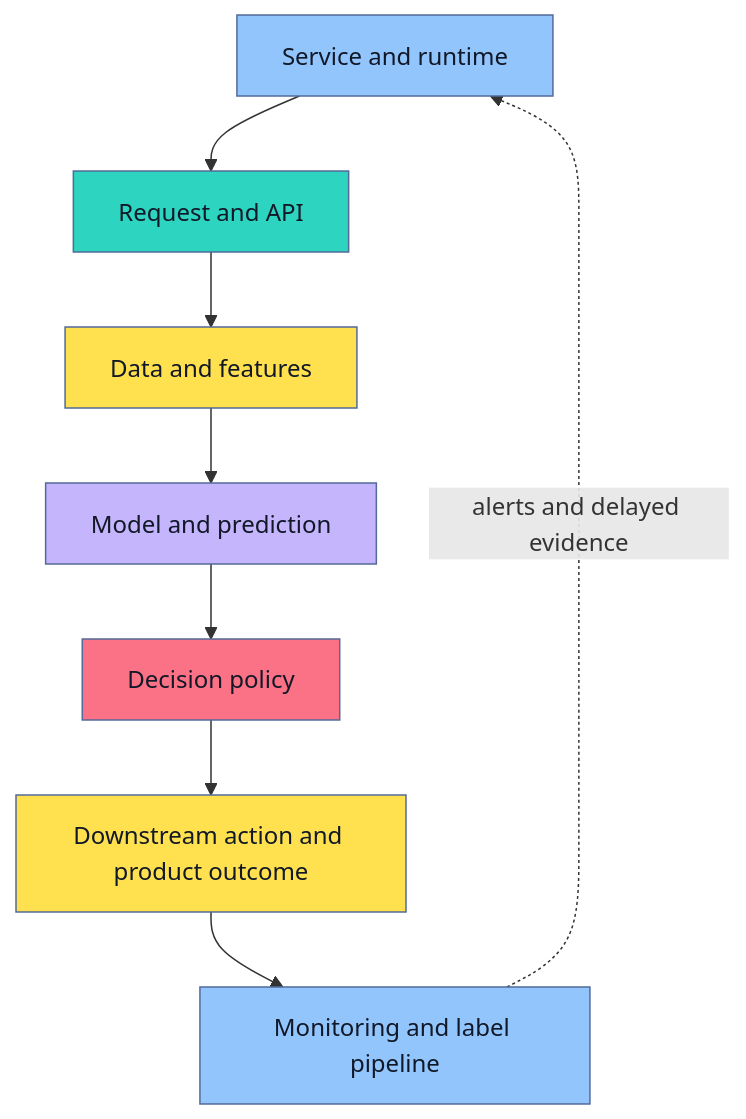
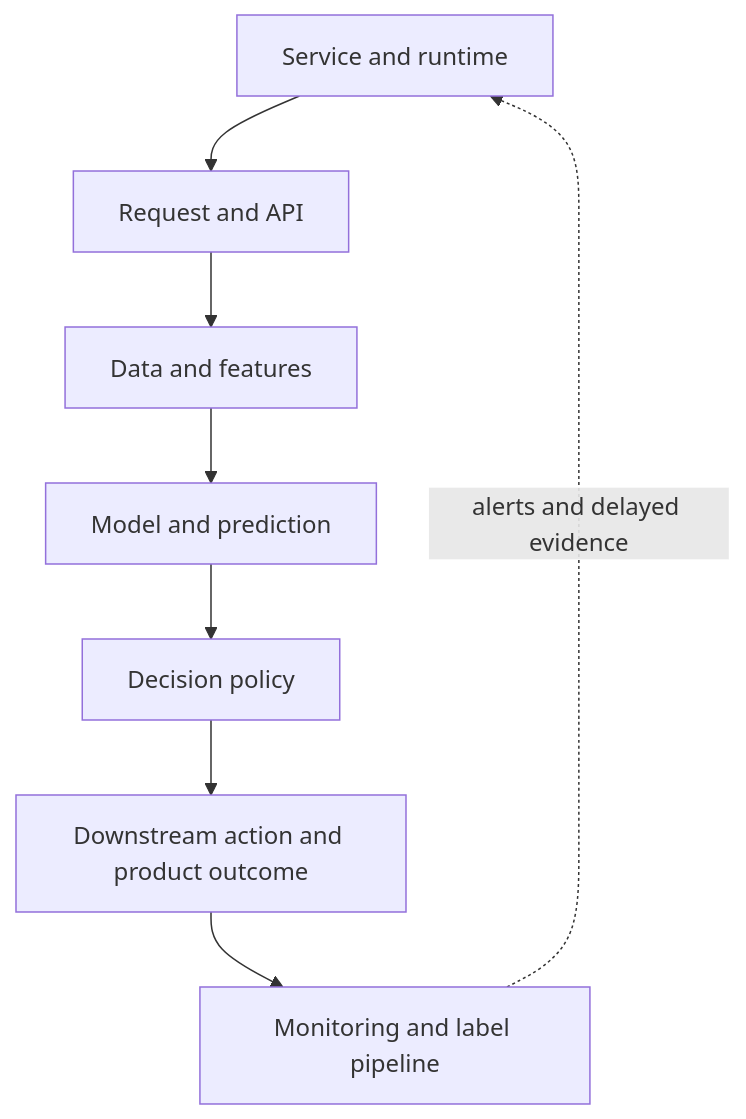
One commit to senlinyy/dev-roadmaps changed the first of 9 diagrams in roadmaps/mlops/modules/deployment-and-release-management/rollback-and-recovery/01-ml-incident-response-basics.md. Above: the diagram before and after it, drawn with Mermaid. The commit also changed other lines of this file and 152 other files, not shown here.

Commit message:
feat: mlops and diagrams updated

````diff
--- a/roadmaps/mlops/modules/deployment-and-release-management/rollback-and-recovery/01-ml-incident-response-basics.md
+++ b/roadmaps/mlops/modules/deployment-and-release-management/rollback-and-recovery/01-ml-incident-response-basics.md
@@ -57,18 +57,18 @@
 ```mermaid
 flowchart TD
     A["Service and runtime"] --> B["Request and API"]
     B --> C["Data and features"]
     C --> D["Model and prediction"]
     D --> E["Decision policy"]
     E --> F["Downstream action and product outcome"]
     F --> G["Monitoring and label pipeline"]
     G -. "alerts and delayed evidence" .-> A
 
-    style A fill:#93C5FD,stroke:#536A9A,color:#111827
-    style B fill:#2DD4BF,stroke:#536A9A,color:#111827
-    style C fill:#FFE04F,stroke:#536A9A,color:#111827
-    style D fill:#C4B5FD,stroke:#536A9A,color:#111827
-    style E fill:#FB7185,stroke:#536A9A,color:#111827
-    style F fill:#FFE04F,stroke:#536A9A,color:#111827
-    style G fill:#93C5FD,stroke:#536A9A,color:#111827
+    class A dp-mermaid-primary
+    class B dp-mermaid-secondary
+    class C dp-mermaid-tertiary
+    class D dp-mermaid-quaternary
+    class E dp-mermaid-primary
+    class F dp-mermaid-tertiary
+    class G dp-mermaid-primary
 ```
````
